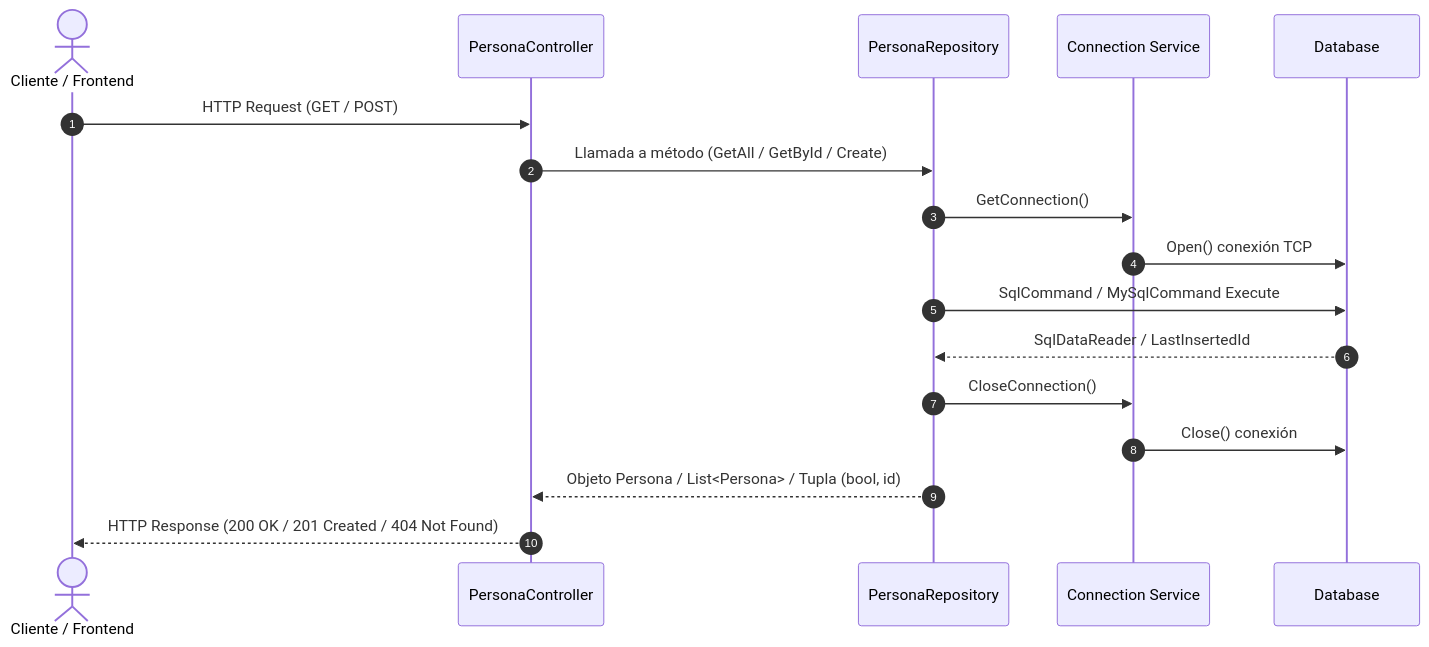
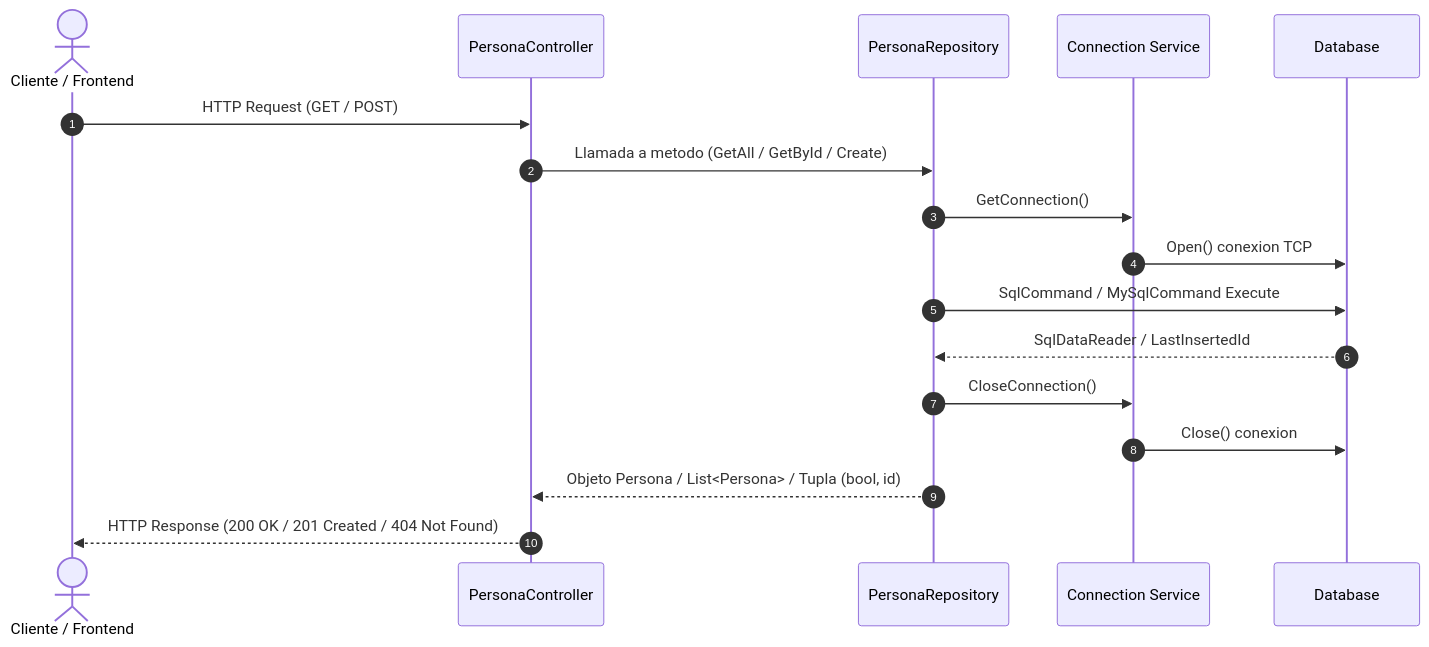
The first of 3 diagrams in README.MD (Bhusvnash/ApiPersona), drawn with Mermaid before and after one commit. The commit also changed other lines of this file and 4 other files, not shown here.

````diff
--- a/README.MD
+++ b/README.MD
@@ -140,20 +196,20 @@
 ```mermaid
 sequenceDiagram
     autonumber
     actor Cliente as Cliente / Frontend
     participant Controller as PersonaController
     participant Repo as PersonaRepository
     participant Service as Connection Service
     participant DB as Database
 
     Cliente->>Controller: HTTP Request (GET / POST)
-    Controller->>Repo: Llamada a método (GetAll / GetById / Create)
+    Controller->>Repo: Llamada a metodo (GetAll / GetById / Create)
     Repo->>Service: GetConnection()
-    Service->>DB: Open() conexión TCP
+    Service->>DB: Open() conexion TCP
     Repo->>DB: SqlCommand / MySqlCommand Execute
     DB-->>Repo: SqlDataReader / LastInsertedId
     Repo->>Service: CloseConnection()
-    Service->>DB: Close() conexión
+    Service->>DB: Close() conexion
     Repo-->>Controller: Objeto Persona / List<Persona> / Tupla (bool, id)
     Controller-->>Cliente: HTTP Response (200 OK / 201 Created / 404 Not Found)
 ```
````
